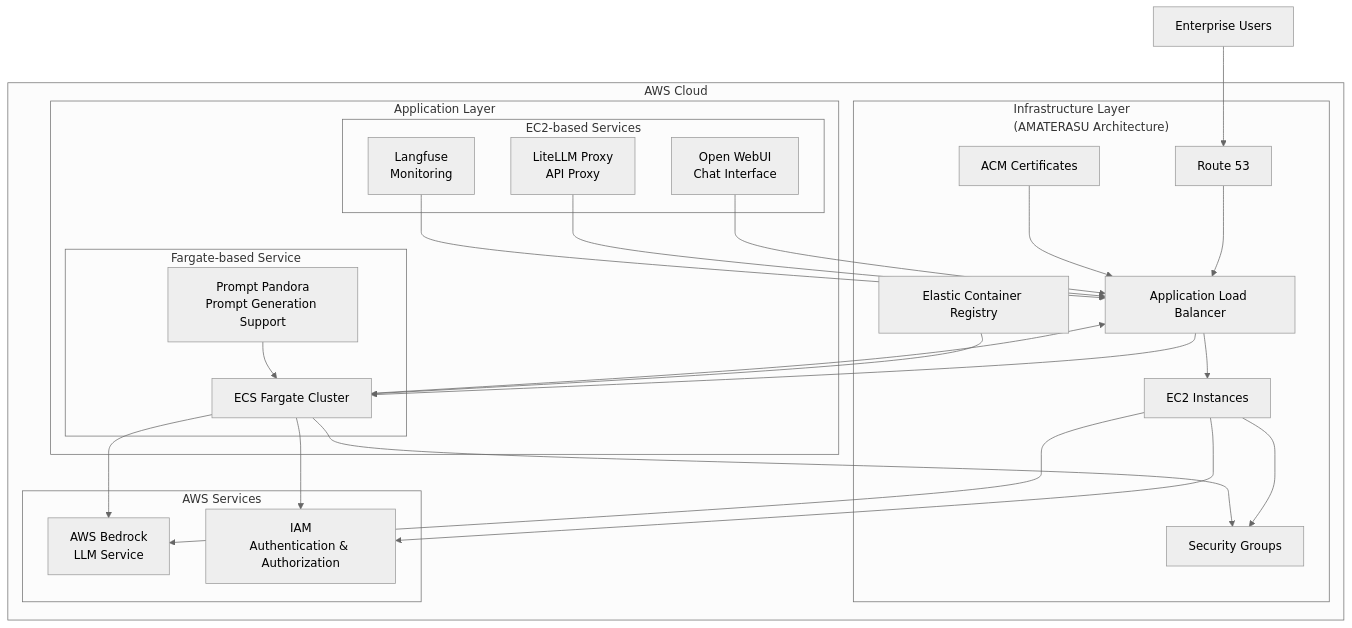
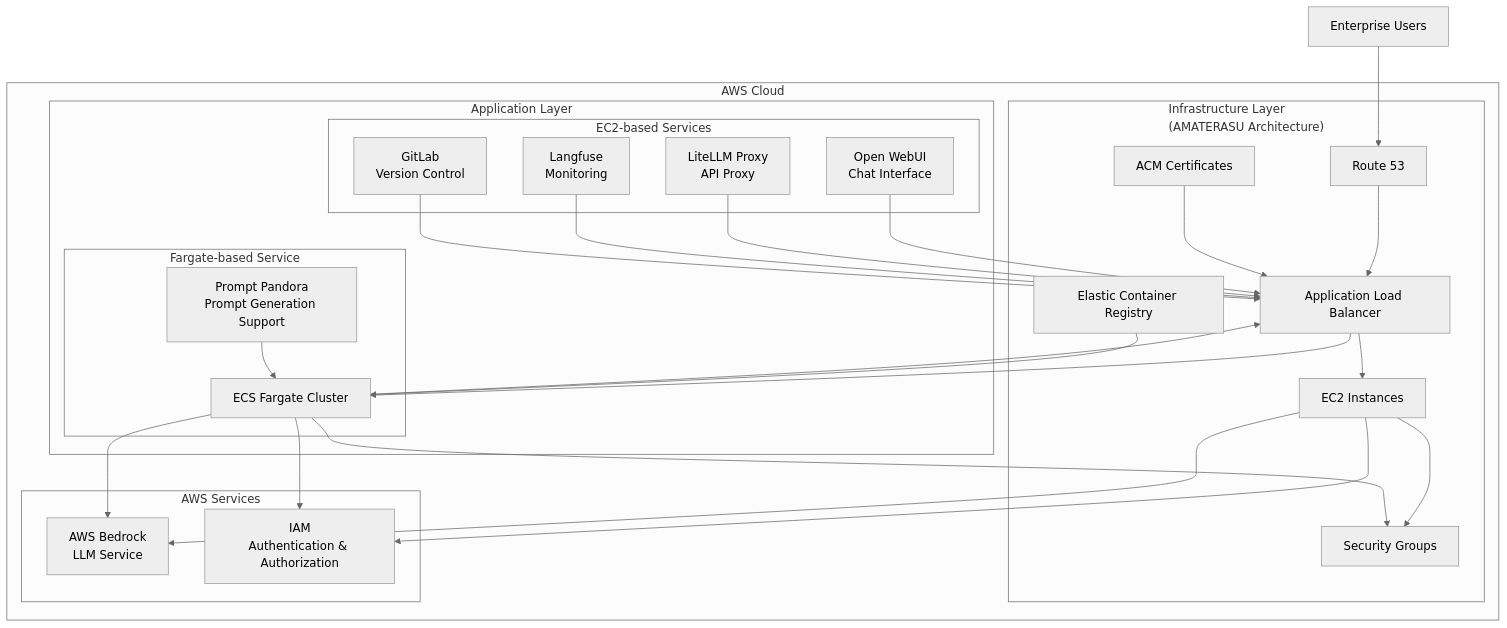
Before and after one commit to Sunwood-ai-labs/AMATERASU: the diagram in docs/README.en.md, drawn with Mermaid (neutral theme). The commit also changed other lines of this file, not shown here.

````diff
--- a/docs/README.en.md
+++ b/docs/README.en.md
@@ -41,59 +38,61 @@
 ```mermaid
 graph TB
     subgraph "AWS Cloud"
         subgraph "Application Layer"
             subgraph "EC2-based Services"
                 OW["Open WebUI<br/>Chat Interface"]
                 LL["LiteLLM Proxy<br/>API Proxy"]
                 LF["Langfuse<br/>Monitoring"]
+                GL["GitLab<br/>Version Control"]
             end
             
             subgraph "Fargate-based Service"
                 PP["Prompt Pandora<br/>Prompt Generation Support"]
                 ECS["ECS Fargate Cluster"]
             end
         end
         
         subgraph "Infrastructure Layer<br>(AMATERASU Architecture)"
             ALB["Application Load Balancer"]
             EC2["EC2 Instances"]
             SG["Security Groups"]
             R53["Route 53"]
             ACM["ACM Certificates"]
             ECR["Elastic Container Registry"]
         end
         
         subgraph "AWS Services"
             Bedrock["AWS Bedrock<br/>LLM Service"]
             IAM["IAM<br/>Authentication & Authorization"]
         end
         
         %% EC2ベースのサービスの接続
         OW --> ALB
         LL --> ALB
         LF --> ALB
+        GL --> ALB
         
         %% Fargateベースのサービスの接続
         PP --> ECS
         ECS --> ALB
         
         %% インフラストラクチャの接続
         ALB --> EC2
         ALB --> ECS
         EC2 --> SG
         ECS --> SG
         R53 --> ALB
         ACM --> ALB
         
         %% コンテナイメージの流れ
         ECR --> ECS
         
         %% AWS サービスとの接続
         EC2 --> Bedrock
         ECS --> Bedrock
         EC2 --> IAM
         ECS --> IAM
     end
 
     Users["Enterprise Users"] --> R53
 ```
````
